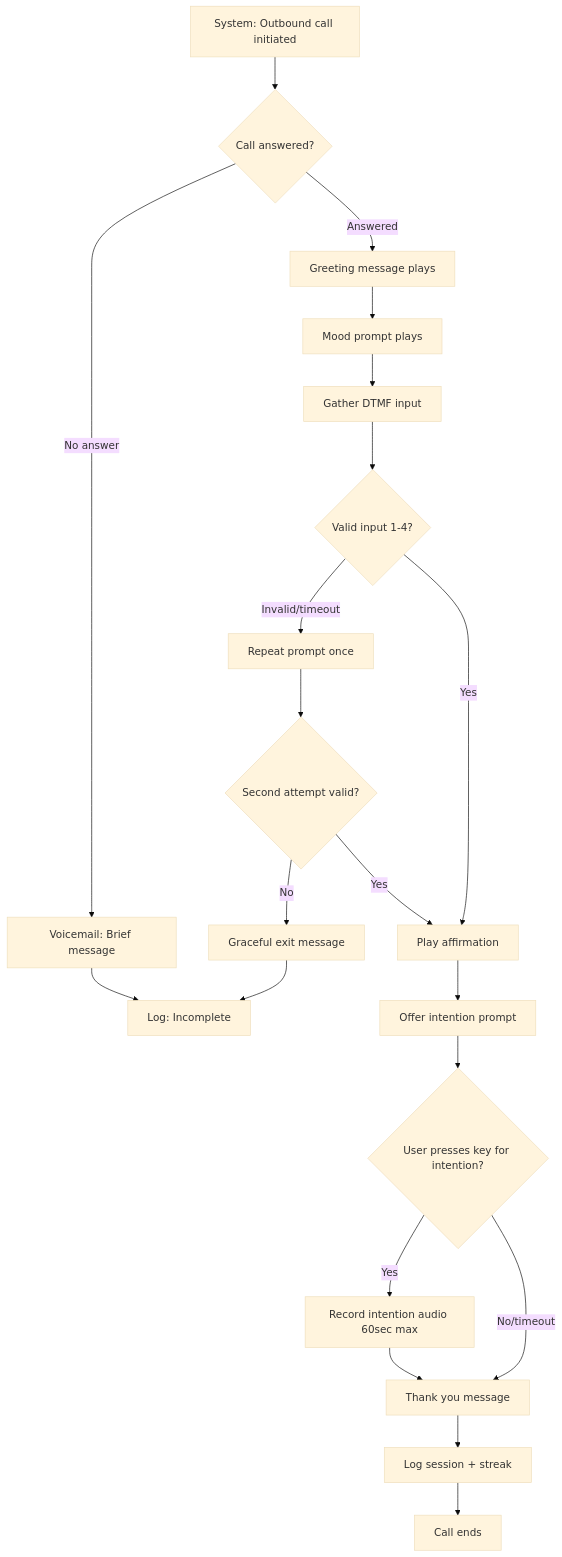
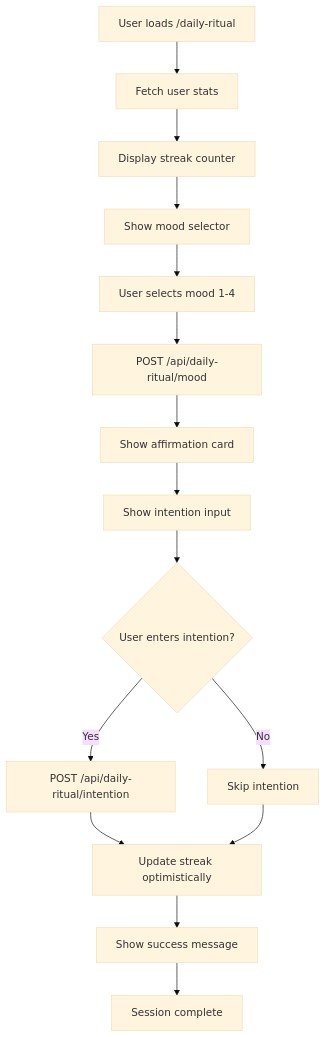
One commit to Tim-Quattrochi/Rbuddy-V1 changed the third of 5 diagrams in docs/front-end-spec.md. Above: the diagram before and after it, drawn with Mermaid (base theme). The commit also changed other lines of this file and 5 other files, not shown here.

````diff
--- a/docs/front-end-spec.md
+++ b/docs/front-end-spec.md
@@ -198,30 +189,21 @@
 ```mermaid
 graph TD
-    Start[System: Outbound call initiated] --> A{Call answered?}
-
-    A -->|No answer| B[Voicemail: Brief message]
-    A -->|Answered| C[Greeting message plays]
-
-    C --> D[Mood prompt plays]
-    D --> E[Gather DTMF input]
-
-    E --> F{Valid input 1-4?}
-    F -->|Invalid/timeout| G[Repeat prompt once]
-    G --> H{Second attempt valid?}
-    H -->|No| I[Graceful exit message]
-    H -->|Yes| J[Play affirmation]
-
-    F -->|Yes| J
-    J --> K[Offer intention prompt]
-
-    K --> L{User presses key for intention?}
-    L -->|Yes| M[Record intention audio 60sec max]
-    L -->|No/timeout| N[Thank you message]
-
-    M --> N
-    N --> O[Log session + streak]
-    O --> End[Call ends]
-
-    I --> P[Log: Incomplete]
-    B --> P
+    Start[User loads /daily-ritual] --> A[Fetch user stats]
+    A --> B[Display streak counter]
+    B --> C[Show mood selector]
+    
+    C --> D[User selects mood 1-4]
+    D --> E[POST /api/daily-ritual/mood]
+    E --> F[Show affirmation card]
+    
+    F --> G[Show intention input]
+    G --> H{User enters intention?}
+    
+    H -->|Yes| I[POST /api/daily-ritual/intention]
+    H -->|No| J[Skip intention]
+    
+    I --> K[Update streak optimistically]
+    J --> K
+    K --> L[Show success message]
+    L --> End[Session complete]
 ```
````
